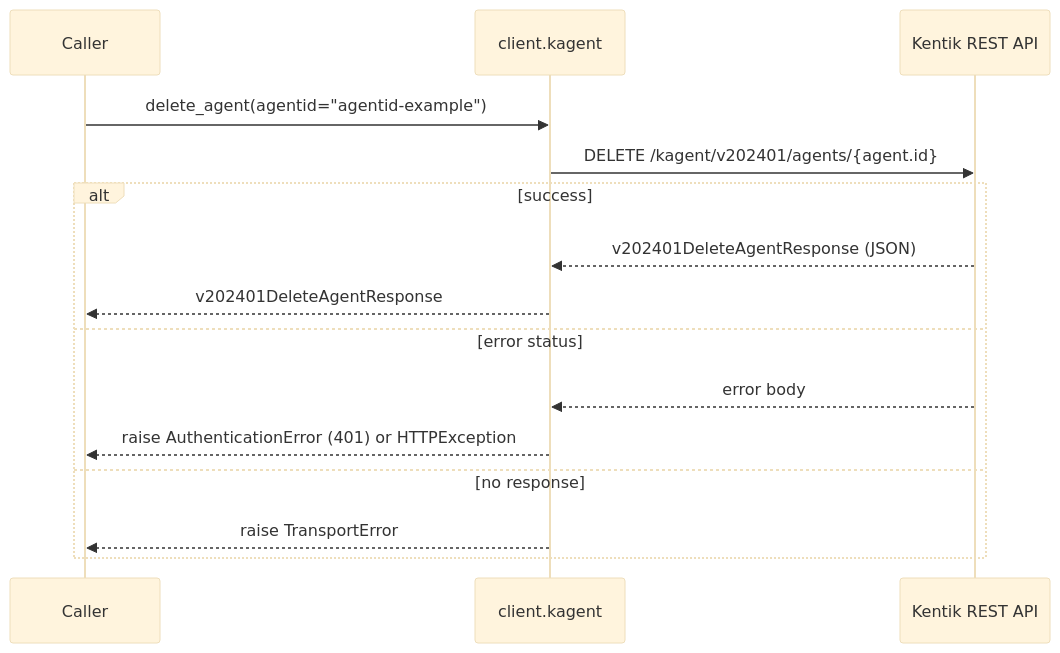
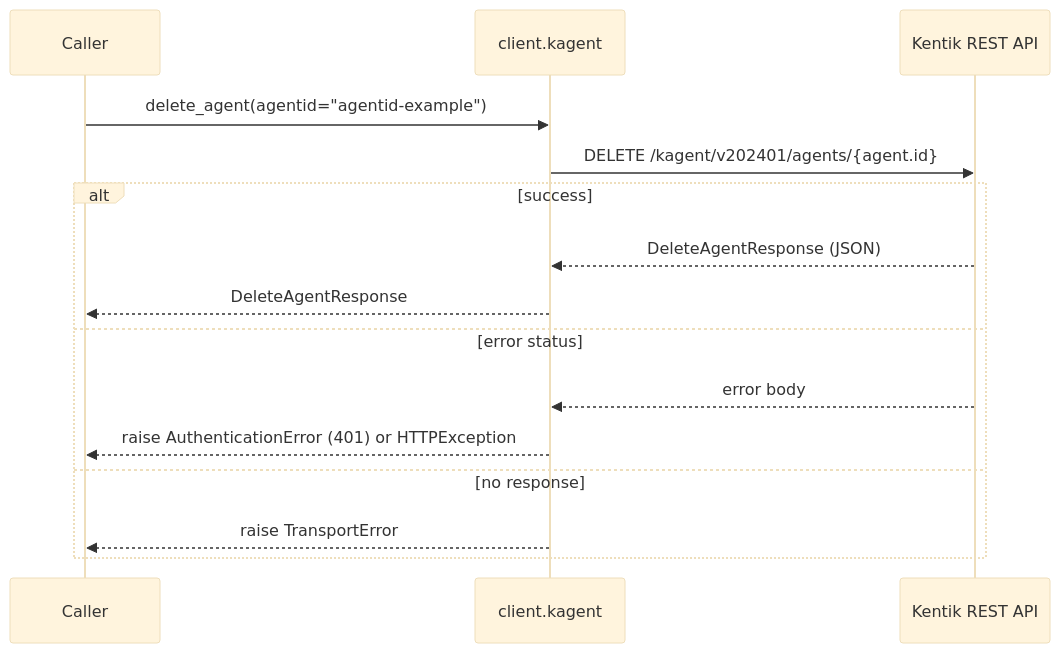
Diagram 14 of 58 in docs/sphinx/services/kagent.md (alexdearaujo/community_sdk_python), drawn with Mermaid (base theme) before and after one commit. The commit also changed other lines of this file and 38 other files, not shown here.

````diff
--- a/docs/sphinx/services/kagent.md
+++ b/docs/sphinx/services/kagent.md
@@ -501,18 +501,18 @@
 ```mermaid
 sequenceDiagram
     participant C as Caller
     participant W as client.kagent
     participant API as Kentik REST API
 
     C->>W: delete_agent(agentid="agentid-example")
     W->>API: DELETE /kagent/v202401/agents/{agent.id}
     alt success
-        API-->>W: v202401DeleteAgentResponse (JSON)
-        W-->>C: v202401DeleteAgentResponse
+        API-->>W: DeleteAgentResponse (JSON)
+        W-->>C: DeleteAgentResponse
     else error status
         API-->>W: error body
         W-->>C: raise AuthenticationError (401) or HTTPException
     else no response
         W-->>C: raise TransportError
     end
 ```
````
